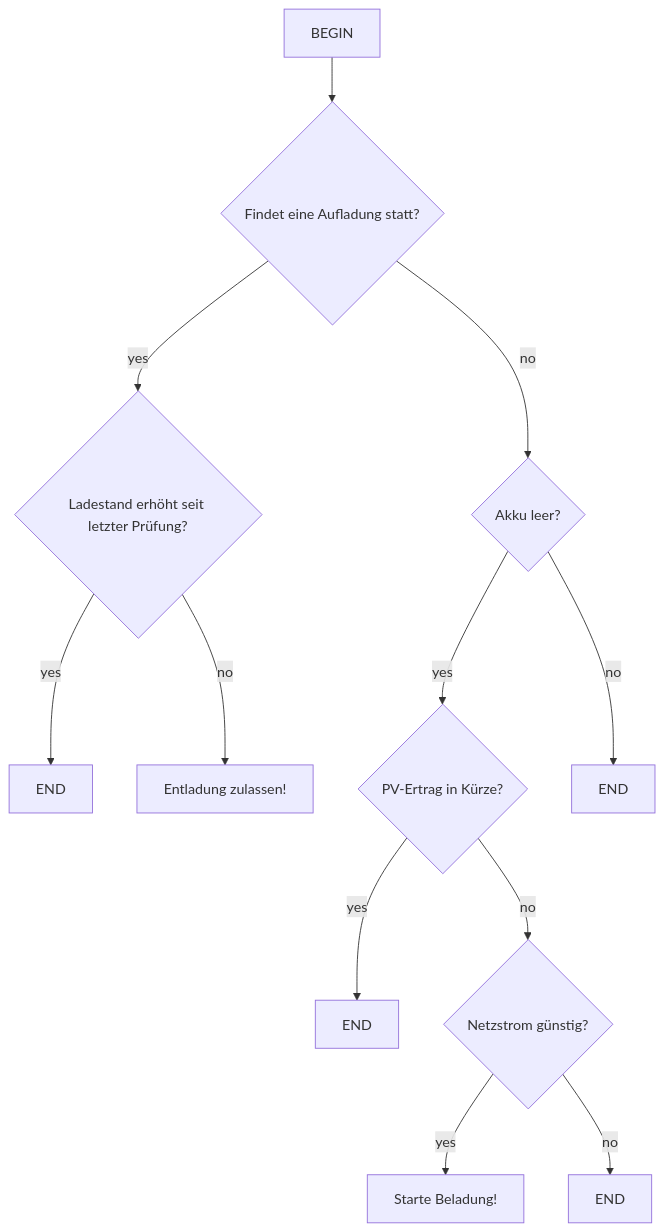
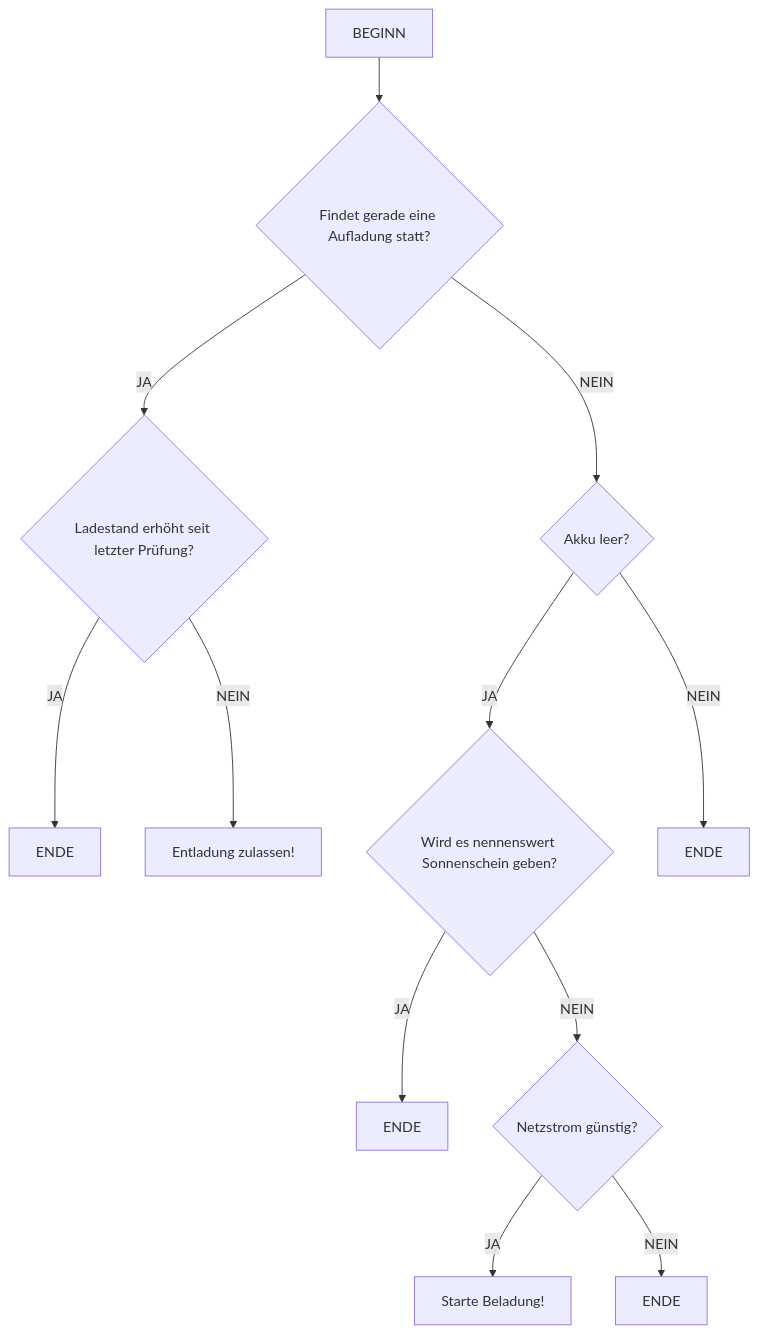
The diagram in src/content/docs/referenz/senec-charger/methodik.md (solectrus/docs), drawn with Mermaid before and after one commit. The commit also changed other lines of this file and 2 other files, not shown here.

Commit message:
SENEC-Charger

````diff
--- a/src/content/docs/referenz/senec-charger/methodik.md
+++ b/src/content/docs/referenz/senec-charger/methodik.md
@@ -22,14 +22,14 @@
 ```mermaid
 flowchart
-  BEGIN --> CHA{Findet eine Aufladung statt?}
-  CHA -->|yes| INC{Ladestand erhöht seit letzter Prüfung?}
-  CHA -->|no| EMPTY{Akku leer?}
-  INC -->|yes| END1[END]
-  INC -->|no| STOP[Entladung zulassen!]
-  EMPTY -->|yes| SUN{PV-Ertrag in Kürze?}
-  EMPTY -->|no| END4[END]
-  SUN -->|yes| END3[END]
-  SUN -->|no| CHEAP{Netzstrom günstig?}
-  CHEAP -->|yes| START[Starte Beladung!]
-  CHEAP -->|no| END5[END]
+  BEGINN --> CHA{Findet gerade eine Aufladung statt?}
+  CHA -->|JA| INC{Ladestand erhöht seit letzter Prüfung?}
+  CHA -->|NEIN| EMPTY{Akku leer?}
+  INC -->|JA| END1[ENDE]
+  INC -->|NEIN| STOP[Entladung zulassen!]
+  EMPTY -->|JA| SUN{Wird es nennenswert Sonnenschein geben?}
+  EMPTY -->|NEIN| END4[ENDE]
+  SUN -->|JA| END3[ENDE]
+  SUN -->|NEIN| CHEAP{Netzstrom günstig?}
+  CHEAP -->|JA| START[Starte Beladung!]
+  CHEAP -->|NEIN| END5[ENDE]
 ```
````
